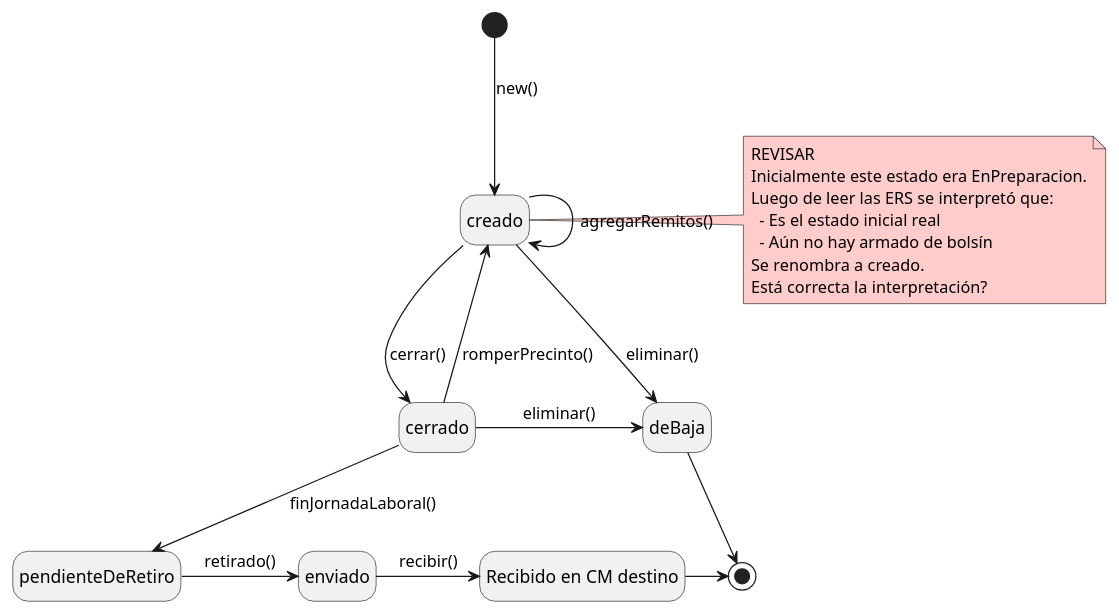
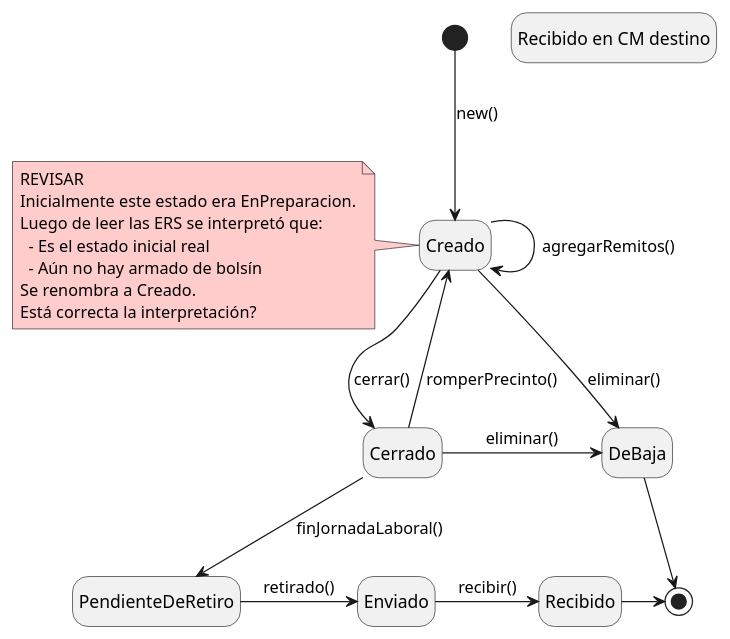
The diagram in doc/CU28_RegistrarRecepcionDeBolsin/ME_Bolsin.puml (JuanjoCasas/PPAI-Bolsin), drawn with PlantUML before and after one commit. The commit also changed 1 other file, not shown here.

Commit message:
Cambios UML 2.0

```diff
--- a/doc/CU28_RegistrarRecepcionDeBolsin/ME_Bolsin.puml
+++ b/doc/CU28_RegistrarRecepcionDeBolsin/ME_Bolsin.puml
@@ -1,31 +1,31 @@
 @startuml "Maquina de estado del Bolsin"
 hide empty description
 
-[*] --> creado : new()
-creado -> creado : agregarRemitos()
-creado -> deBaja : eliminar()
-creado --> cerrado : cerrar()
+[*] --> Creado : new()
+Creado -> Creado : agregarRemitos()
+Creado -> DeBaja : eliminar()
+Creado --> Cerrado : cerrar()
 
-cerrado -> creado : romperPrecinto()
-cerrado -> deBaja : eliminar()
-cerrado --> pendienteDeRetiro : finJornadaLaboral()
+Cerrado -> Creado : romperPrecinto()
+Cerrado -> DeBaja : eliminar()
+Cerrado --> PendienteDeRetiro : finJornadaLaboral()
 
-pendienteDeRetiro -> enviado : retirado()
+PendienteDeRetiro -> Enviado : retirado()
 
 state "Recibido en CM destino" as recibido
-enviado -> recibido : recibir()
+Enviado -> Recibido : recibir()
 
-deBaja -> [*]
-recibido -> [*]
+DeBaja -> [*]
+Recibido -> [*]
 
-note right of creado #FFCCCC
+note left of Creado #FFCCCC
     REVISAR
     Inicialmente este estado era EnPreparacion.
     Luego de leer las ERS se interpretó que:
       - Es el estado inicial real
       - Aún no hay armado de bolsín
-    Se renombra a creado.
+    Se renombra a Creado.
     Está correcta la interpretación?
 end note
 
 @enduml
```
